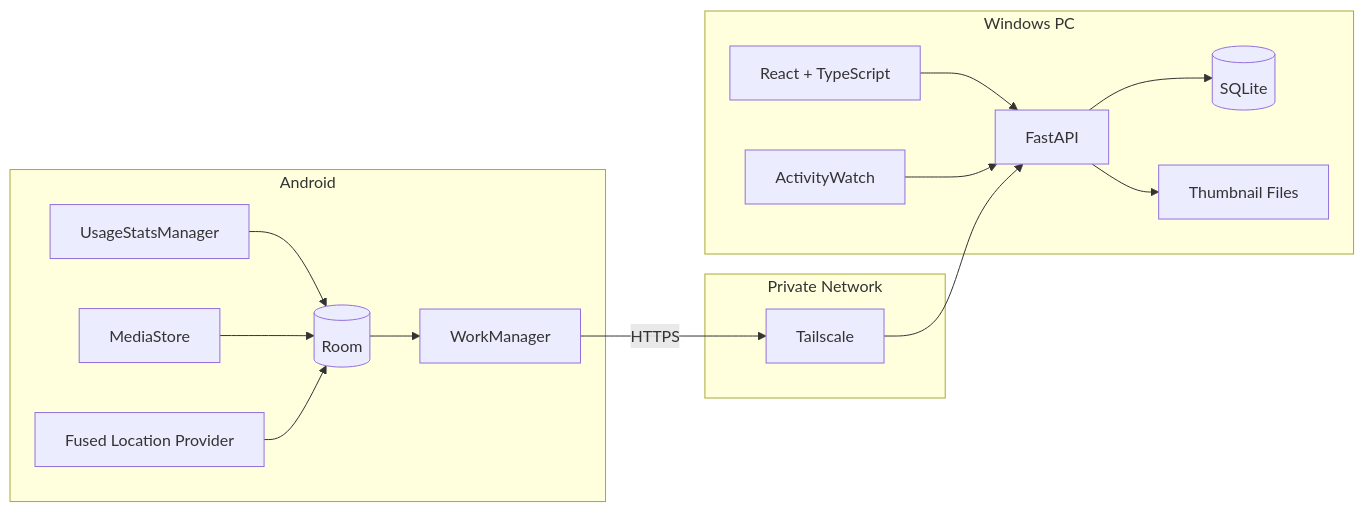
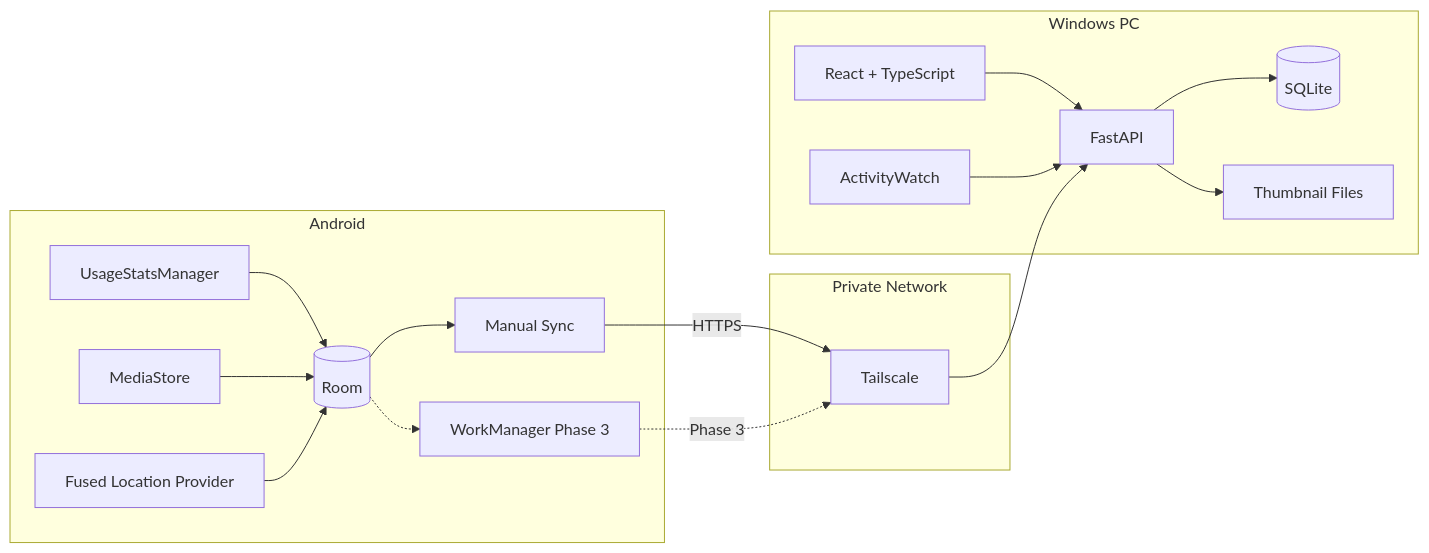
The first of 3 diagrams in docs/architecture.md (Megane14916/life-timeline), drawn with Mermaid before and after one commit. The commit also changed other lines of this file and 4 other files, not shown here.

Commit message:
docs: align phase 2 architecture and plans

````diff
--- a/docs/architecture.md
+++ b/docs/architecture.md
@@ -11,35 +11,38 @@
 ```mermaid
 flowchart LR
     subgraph Android["Android"]
         US[UsageStatsManager]
         MS[MediaStore]
         LOC[Fused Location Provider]
         ROOM[(Room)]
-        WM[WorkManager]
+        MSYNC[Manual Sync]
+        WM[WorkManager Phase 3]
 
         US --> ROOM
         MS --> ROOM
         LOC --> ROOM
-        ROOM --> WM
+        ROOM --> MSYNC
+        ROOM -.-> WM
     end
 
     subgraph Network["Private Network"]
         TS[Tailscale]
     end
 
     subgraph Windows["Windows PC"]
         API[FastAPI]
         DB[(SQLite)]
         FS[Thumbnail Files]
         WEB[React + TypeScript]
         AW[ActivityWatch]
 
         API --> DB
         API --> FS
         WEB --> API
         AW --> API
     end
 
-    WM -->|HTTPS| TS
+    MSYNC -->|HTTPS| TS
+    WM -.->|Phase 3| TS
     TS --> API
 ```
````
